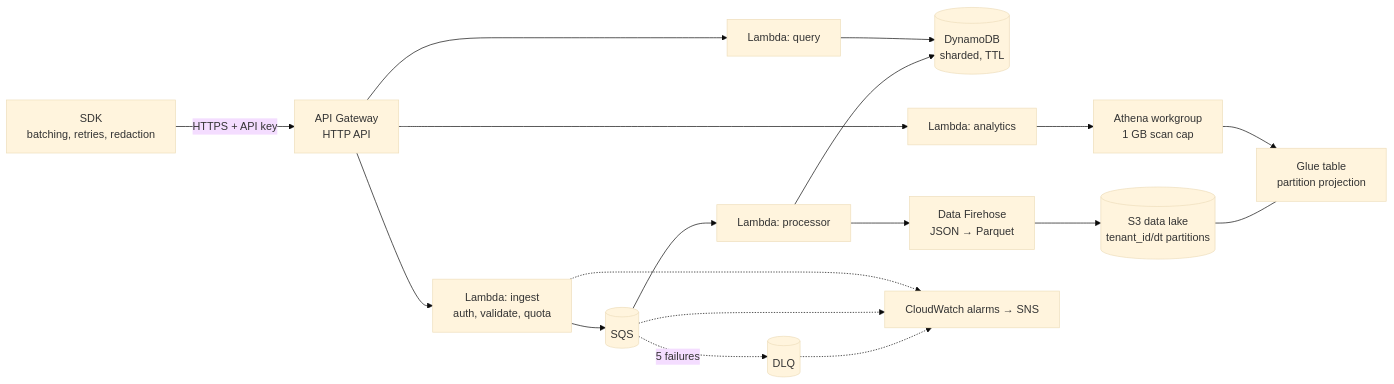
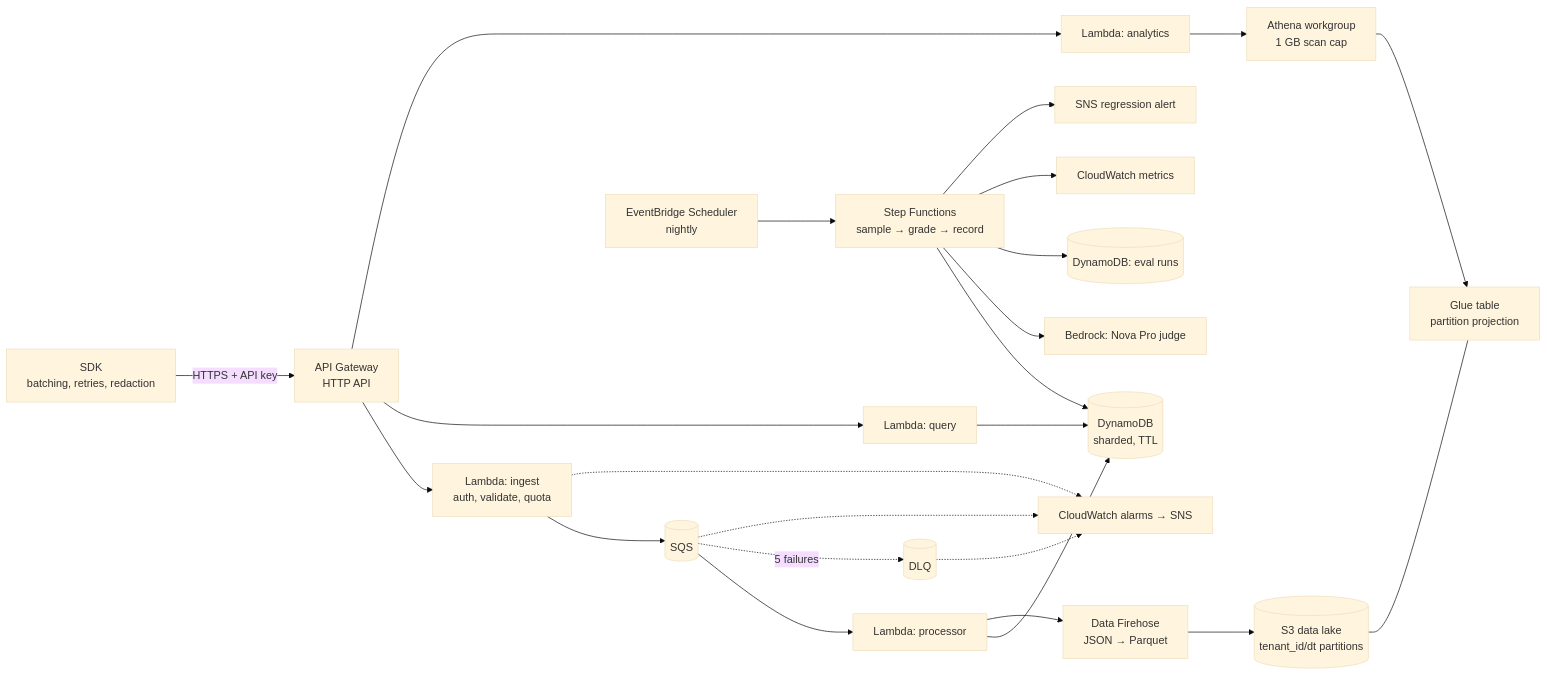
The diagram in README.md (zaiby83/tracewise), drawn with Mermaid (base theme) before and after one commit. The commit also changed other lines of this file and 16 other files, not shown here.

First line of the commit message:
Milestone 3: nightly AI evaluations with regression alerts

````diff
--- a/README.md
+++ b/README.md
@@ -13,15 +13,20 @@
 ```mermaid
 flowchart LR
     SDK[SDK<br/>batching, retries, redaction] -->|HTTPS + API key| APIGW[API Gateway<br/>HTTP API]
     APIGW --> ING[Lambda: ingest<br/>auth, validate, quota]
     ING --> SQS[(SQS)]
     SQS --> PROC[Lambda: processor]
     SQS -.5 failures.-> DLQ[(DLQ)]
     PROC --> DDB[(DynamoDB<br/>sharded, TTL)]
     PROC --> FH[Data Firehose<br/>JSON → Parquet]
     FH --> S3[(S3 data lake<br/>tenant_id/dt partitions)]
     S3 --- GLUE[Glue table<br/>partition projection]
     APIGW --> Q[Lambda: query] --> DDB
     APIGW --> AN[Lambda: analytics] --> ATH[Athena workgroup<br/>1 GB scan cap] --> GLUE
+    SCHED[EventBridge Scheduler<br/>nightly] --> SFN[Step Functions<br/>sample → grade → record]
+    SFN --> DDB
+    SFN --> BR[Bedrock: Nova Pro judge]
+    SFN --> EV[(DynamoDB: eval runs)]
+    SFN --> CWM[CloudWatch metrics] & SNS[SNS regression alert]
     DLQ & SQS & ING -.-> CW[CloudWatch alarms → SNS]
 ```
````
